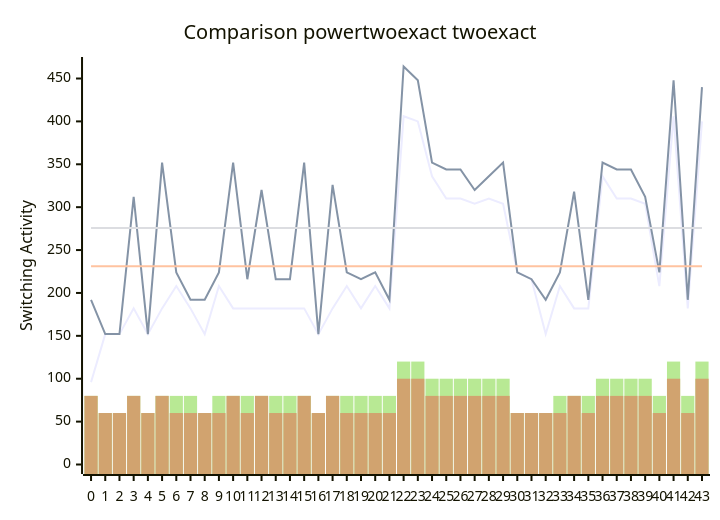
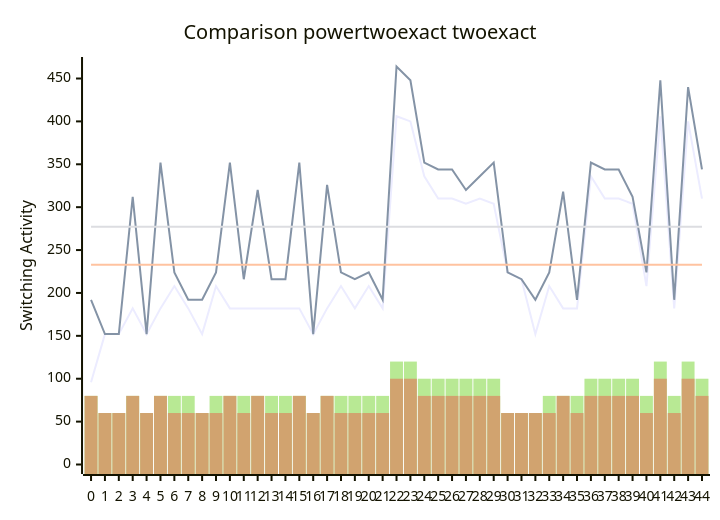
Before and after one commit to FeldmeierMichael/Exact-Power-Synthesis: the diagram in benchmark.md, drawn with Mermaid. The commit also changed other lines of this file and 2 other files, not shown here.

````diff
--- a/benchmark.md
+++ b/benchmark.md
@@ -89,12 +91,12 @@
 ```mermaid
 xychart-beta
     title "Comparison powertwoexact twoexact"
-    x-axis [0, 1, 2, 3, 4, 5, 6, 7, 8, 9, 10, 11, 12, 13, 14, 15, 16, 17, 18, 19, 20, 21, 22, 23, 24, 25, 26, 27, 28, 29, 30, 31, 32, 33, 34, 35, 36, 37, 38, 39, 40, 41, 42, 43]
+    x-axis [0, 1, 2, 3, 4, 5, 6, 7, 8, 9, 10, 11, 12, 13, 14, 15, 16, 17, 18, 19, 20, 21, 22, 23, 24, 25, 26, 27, 28, 29, 30, 31, 32, 33, 34, 35, 36, 37, 38, 39, 40, 41, 42, 43, 44]
     y-axis "Switching Activity" 0-->464
-    line [96, 152, 152, 182, 152, 182, 208, 182, 152, 208, 182, 182, 182, 182, 182, 182, 152, 182, 208, 182, 208, 182, 406, 400, 336, 310, 310, 304, 310, 304, 224, 216, 152, 208, 182, 182, 336, 310, 310, 304, 208, 406, 182, 400]
-    line [192, 152, 152, 312, 152, 352, 224, 192, 192, 224, 352, 216, 320, 216, 216, 352, 152, 326, 224, 216, 224, 192, 464, 448, 352, 344, 344, 320, 336, 352, 224, 216, 192, 224, 318, 192, 352, 344, 344, 312, 224, 448, 192, 440]
-    line [231.1818181818182, 231.1818181818182, 231.1818181818182, 231.1818181818182, 231.1818181818182, 231.1818181818182, 231.1818181818182, 231.1818181818182, 231.1818181818182, 231.1818181818182, 231.1818181818182, 231.1818181818182, 231.1818181818182, 231.1818181818182, 231.1818181818182, 231.1818181818182, 231.1818181818182, 231.1818181818182, 231.1818181818182, 231.1818181818182, 231.1818181818182, 231.1818181818182, 231.1818181818182, 231.1818181818182, 231.1818181818182, 231.1818181818182, 231.1818181818182, 231.1818181818182, 231.1818181818182, 231.1818181818182, 231.1818181818182, 231.1818181818182, 231.1818181818182, 231.1818181818182, 231.1818181818182, 231.1818181818182, 231.1818181818182, 231.1818181818182, 231.1818181818182, 231.1818181818182, 231.1818181818182, 231.1818181818182, 231.1818181818182, 231.1818181818182]
-    line [275.72727272727275, 275.72727272727275, 275.72727272727275, 275.72727272727275, 275.72727272727275, 275.72727272727275, 275.72727272727275, 275.72727272727275, 275.72727272727275, 275.72727272727275, 275.72727272727275, 275.72727272727275, 275.72727272727275, 275.72727272727275, 275.72727272727275, 275.72727272727275, 275.72727272727275, 275.72727272727275, 275.72727272727275, 275.72727272727275, 275.72727272727275, 275.72727272727275, 275.72727272727275, 275.72727272727275, 275.72727272727275, 275.72727272727275, 275.72727272727275, 275.72727272727275, 275.72727272727275, 275.72727272727275, 275.72727272727275, 275.72727272727275, 275.72727272727275, 275.72727272727275, 275.72727272727275, 275.72727272727275, 275.72727272727275, 275.72727272727275, 275.72727272727275, 275.72727272727275, 275.72727272727275, 275.72727272727275, 275.72727272727275, 275.72727272727275]
-    bar [80, 60, 60, 80, 60, 80, 80, 80, 60, 80, 80, 80, 80, 80, 80, 80, 60, 80, 80, 80, 80, 80, 120, 120, 100, 100, 100, 100, 100, 100, 60, 60, 60, 80, 80, 80, 100, 100, 100, 100, 80, 120, 80, 120]
-    bar [80, 60, 60, 80, 60, 80, 60, 60, 60, 60, 80, 60, 80, 60, 60, 80, 60, 80, 60, 60, 60, 60, 100, 100, 80, 80, 80, 80, 80, 80, 60, 60, 60, 60, 80, 60, 80, 80, 80, 80, 60, 100, 60, 100]
+    line [96, 152, 152, 182, 152, 182, 208, 182, 152, 208, 182, 182, 182, 182, 182, 182, 152, 182, 208, 182, 208, 182, 406, 400, 336, 310, 310, 304, 310, 304, 224, 216, 152, 208, 182, 182, 336, 310, 310, 304, 208, 406, 182, 400, 310]
+    line [192, 152, 152, 312, 152, 352, 224, 192, 192, 224, 352, 216, 320, 216, 216, 352, 152, 326, 224, 216, 224, 192, 464, 448, 352, 344, 344, 320, 336, 352, 224, 216, 192, 224, 318, 192, 352, 344, 344, 312, 224, 448, 192, 440, 344]
+    line [232.93333333333334, 232.93333333333334, 232.93333333333334, 232.93333333333334, 232.93333333333334, 232.93333333333334, 232.93333333333334, 232.93333333333334, 232.93333333333334, 232.93333333333334, 232.93333333333334, 232.93333333333334, 232.93333333333334, 232.93333333333334, 232.93333333333334, 232.93333333333334, 232.93333333333334, 232.93333333333334, 232.93333333333334, 232.93333333333334, 232.93333333333334, 232.93333333333334, 232.93333333333334, 232.93333333333334, 232.93333333333334, 232.93333333333334, 232.93333333333334, 232.93333333333334, 232.93333333333334, 232.93333333333334, 232.93333333333334, 232.93333333333334, 232.93333333333334, 232.93333333333334, 232.93333333333334, 232.93333333333334, 232.93333333333334, 232.93333333333334, 232.93333333333334, 232.93333333333334, 232.93333333333334, 232.93333333333334, 232.93333333333334, 232.93333333333334, 232.93333333333334]
+    line [277.24444444444447, 277.24444444444447, 277.24444444444447, 277.24444444444447, 277.24444444444447, 277.24444444444447, 277.24444444444447, 277.24444444444447, 277.24444444444447, 277.24444444444447, 277.24444444444447, 277.24444444444447, 277.24444444444447, 277.24444444444447, 277.24444444444447, 277.24444444444447, 277.24444444444447, 277.24444444444447, 277.24444444444447, 277.24444444444447, 277.24444444444447, 277.24444444444447, 277.24444444444447, 277.24444444444447, 277.24444444444447, 277.24444444444447, 277.24444444444447, 277.24444444444447, 277.24444444444447, 277.24444444444447, 277.24444444444447, 277.24444444444447, 277.24444444444447, 277.24444444444447, 277.24444444444447, 277.24444444444447, 277.24444444444447, 277.24444444444447, 277.24444444444447, 277.24444444444447, 277.24444444444447, 277.24444444444447, 277.24444444444447, 277.24444444444447, 277.24444444444447]
+    bar [80, 60, 60, 80, 60, 80, 80, 80, 60, 80, 80, 80, 80, 80, 80, 80, 60, 80, 80, 80, 80, 80, 120, 120, 100, 100, 100, 100, 100, 100, 60, 60, 60, 80, 80, 80, 100, 100, 100, 100, 80, 120, 80, 120, 100]
+    bar [80, 60, 60, 80, 60, 80, 60, 60, 60, 60, 80, 60, 80, 60, 60, 80, 60, 80, 60, 60, 60, 60, 100, 100, 80, 80, 80, 80, 80, 80, 60, 60, 60, 60, 80, 60, 80, 80, 80, 80, 60, 100, 60, 100, 80]
 ```
````
